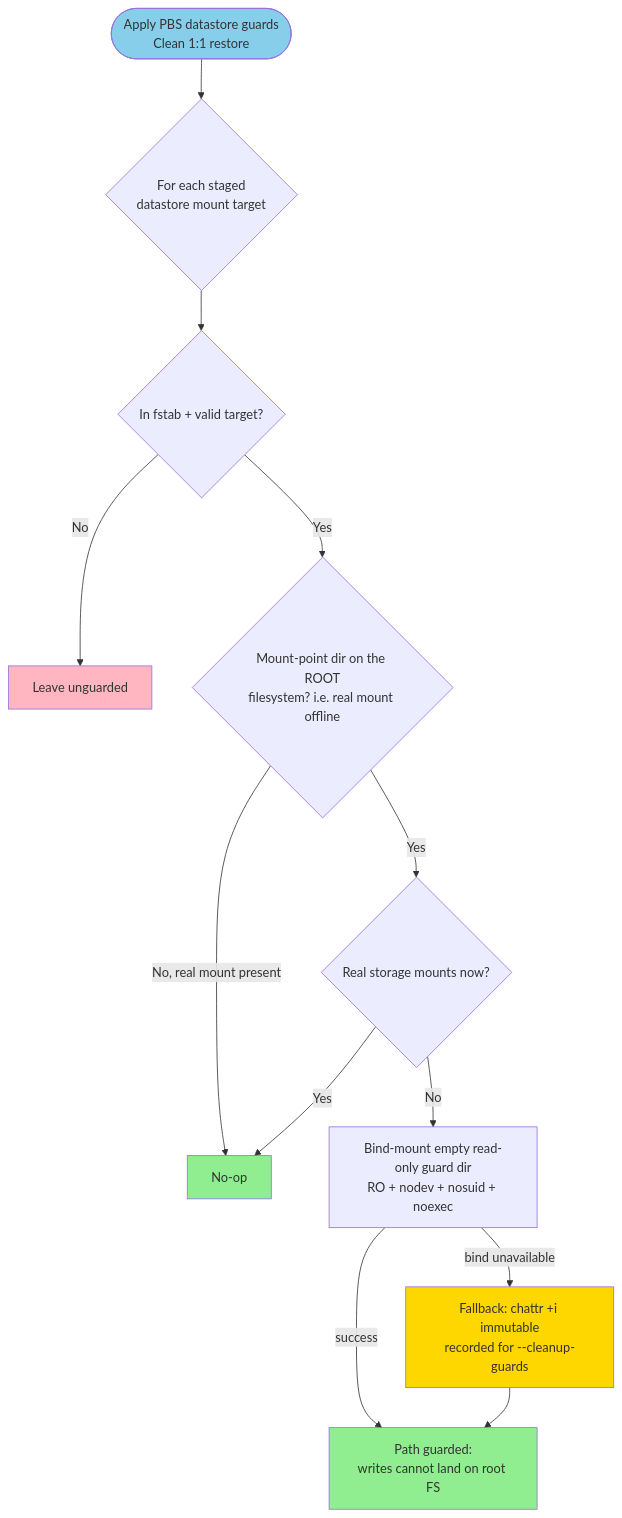
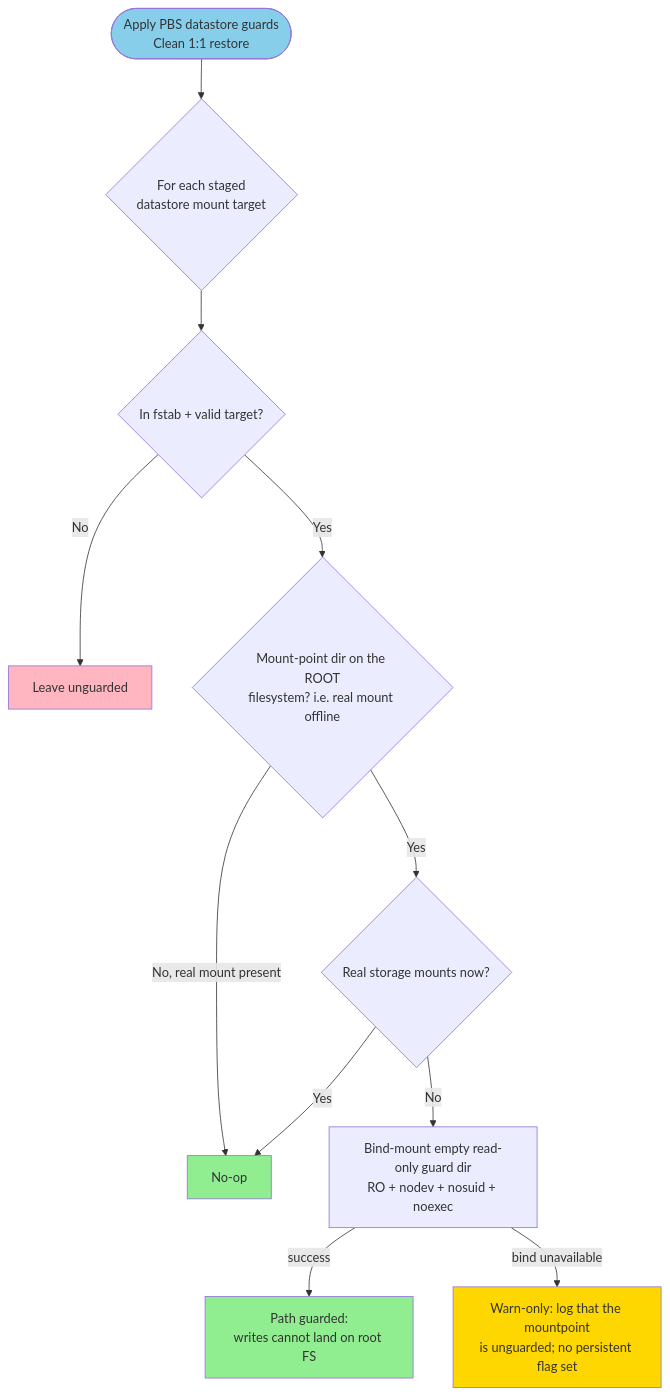
Diagram 13 of 13 in docs/RESTORE_DIAGRAMS.md (tis24dev/proxsave), drawn with Mermaid before and after one commit. The commit also changed other lines of this file and 13 other files, not shown here.

````diff
--- a/docs/RESTORE_DIAGRAMS.md
+++ b/docs/RESTORE_DIAGRAMS.md
@@ -704,20 +704,19 @@
 ```mermaid
 flowchart TD
     Start([Apply PBS datastore guards<br/>Clean 1:1 restore]) --> Each{For each staged<br/>datastore mount target}
     Each --> Valid{In fstab + valid target?}
     Valid -->|No| Skip[Leave unguarded]
     Valid -->|Yes| Root{Mount-point dir on the ROOT<br/>filesystem? i.e. real mount offline}
     Root -->|No, real mount present| NoOp[No-op]
     Root -->|Yes| Try{Real storage mounts now?}
     Try -->|Yes| NoOp
     Try -->|No| Bind[Bind-mount empty read-only guard dir<br/>RO + nodev + nosuid + noexec]
     Bind -->|success| Guarded[Path guarded:<br/>writes cannot land on root FS]
-    Bind -->|bind unavailable| Chattr[Fallback: chattr +i immutable<br/>recorded for --cleanup-guards]
-    Chattr --> Guarded
+    Bind -->|bind unavailable| Warn[Warn-only: log that the mountpoint<br/>is unguarded; no persistent flag set]
 
     style Start fill:#87CEEB
     style Guarded fill:#90EE90
     style NoOp fill:#90EE90
-    style Chattr fill:#FFD700
+    style Warn fill:#FFD700
     style Skip fill:#FFB6C1
 ```
````
